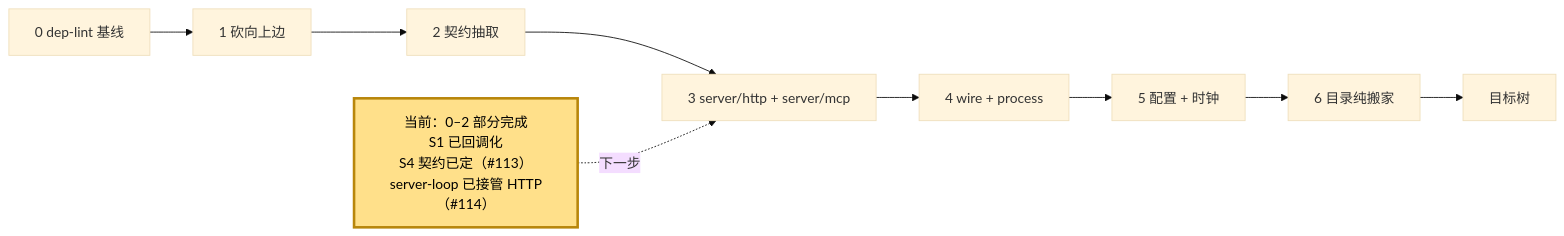
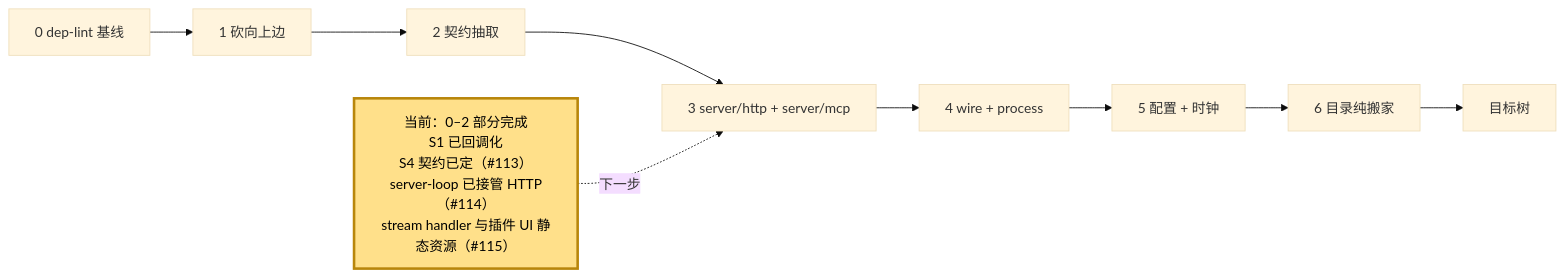
One commit to webxxxxx/plugin-manager changed the fifth of 5 diagrams in docs/architecture.md. Above: the diagram before and after it, drawn with Mermaid (base theme). The commit also changed other lines of this file and 12 other files, not shown here.

First line of the commit message:
fix(server): stream 驱动归入 server 层并补 max_streams 记账 (#115)

````diff
--- a/docs/architecture.md
+++ b/docs/architecture.md
@@ -378,15 +378,15 @@
 ```mermaid
 flowchart LR
     S0["0 dep-lint 基线"] --> S1["1 砍向上边"]
     S1 --> S2["2 契约抽取"]
     S2 --> S3["3 server/http + server/mcp"]
     S3 --> S4["4 wire + process"]
     S4 --> S5["5 配置 + 时钟"]
     S5 --> S6["6 目录纯搬家"]
     S6 --> DONE["目标树"]
 
-    NOW["当前：0–2 部分完成<br/>S1 已回调化<br/>S4 契约已定（#113）<br/>server-loop 已接管 HTTP（#114）"]:::current
+    NOW["当前：0–2 部分完成<br/>S1 已回调化<br/>S4 契约已定（#113）<br/>server-loop 已接管 HTTP（#114）<br/>stream handler 与插件 UI 静态资源（#115）"]:::current
     NOW -.->|下一步| S3
 
     classDef current fill:#ffe08a,stroke:#b8860b,stroke-width:3px,color:#000
 ```
````
